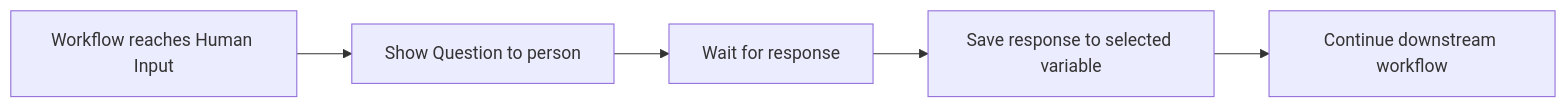
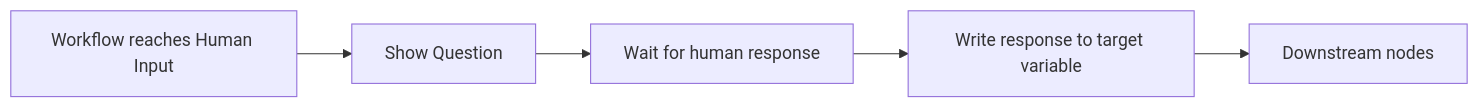
Before and after one commit to adityarane-ai/QI-Studio-Playbook: the diagram in 02-Orchestration-Primitives/Human-Input.md, drawn with Mermaid. The commit also changed other lines of this file, not shown here.

Commit message:
update Human Input with runtime-confirmed E2E behavior

````diff
--- a/02-Orchestration-Primitives/Human-Input.md
+++ b/02-Orchestration-Primitives/Human-Input.md
@@ -60,7 +101,7 @@
 ```mermaid
 flowchart LR
-    A[Workflow reaches Human Input] --> B[Show Question to person]
-    B --> C[Wait for response]
-    C --> D[Save response to selected variable]
-    D --> E[Continue downstream workflow]
+    A[Workflow reaches Human Input] --> B[Show Question]
+    B --> C[Wait for human response]
+    C --> D[Write response to target variable]
+    D --> E[Downstream nodes]
 ```
````
